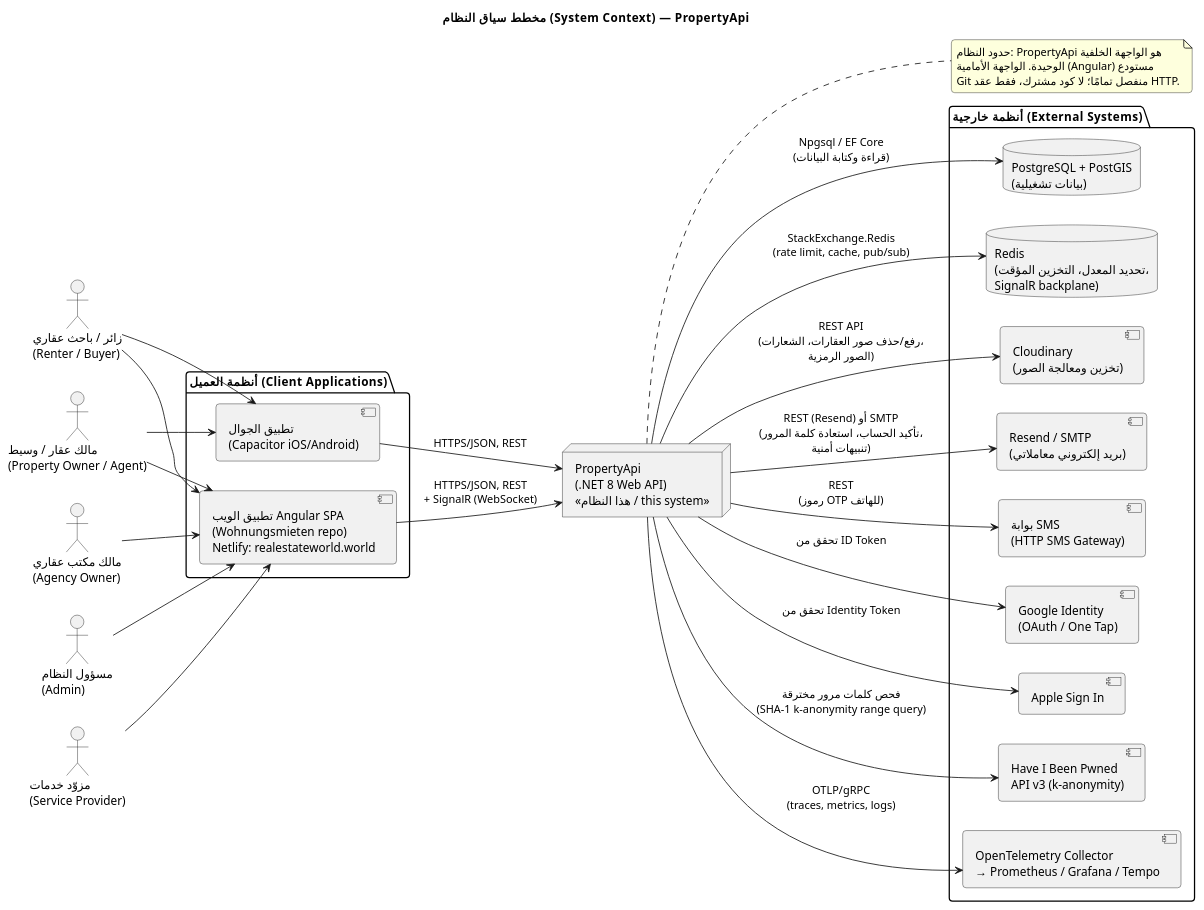
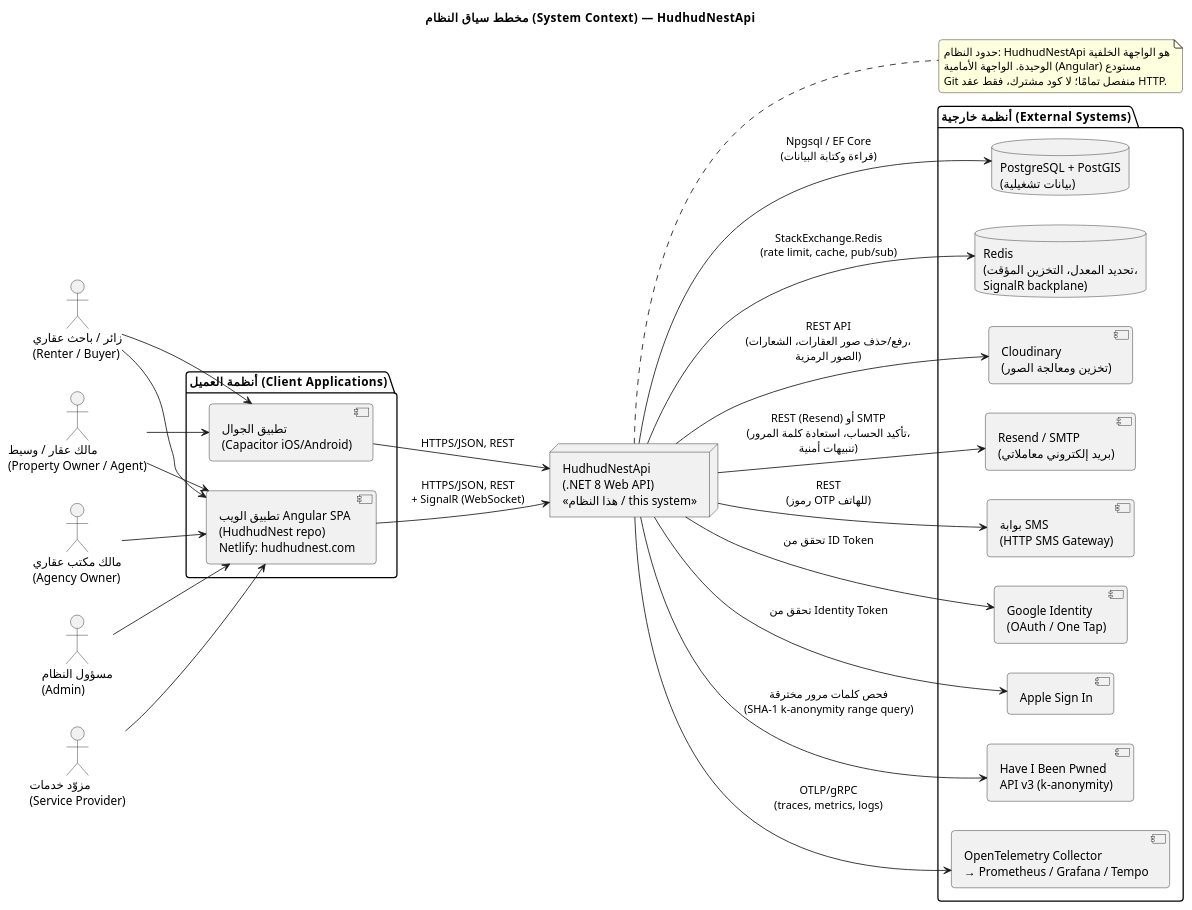
The diagram in docs/architecture/ARD/diagrams/01-system-context.puml (Naeem-Ba/HudhudNestApi), drawn with PlantUML before and after one commit. The commit also changed 138 other files, not shown here.

First line of the commit message:
chore(brand): complete rename to HudhudNest across code, CI, observability and docs

```diff
--- a/docs/architecture/ARD/diagrams/01-system-context.puml
+++ b/docs/architecture/ARD/diagrams/01-system-context.puml
@@ -1,62 +1,62 @@
 @startuml System_Context
 skinparam backgroundColor #FFFFFF
 skinparam shadowing false
 skinparam roundcorner 8
 skinparam defaultFontName "Segoe UI"
-title مخطط سياق النظام (System Context) — PropertyApi
+title مخطط سياق النظام (System Context) — HudhudNestApi
 
 left to right direction
 
 actor "زائر / باحث عقاري\n(Renter / Buyer)" as Visitor
 actor "مالك عقار / وسيط\n(Property Owner / Agent)" as Owner
 actor "مالك مكتب عقاري\n(Agency Owner)" as AgencyOwner
 actor "مسؤول النظام\n(Admin)" as Admin
 actor "مزوّد خدمات\n(Service Provider)" as ServiceProvider
 
 package "أنظمة العميل (Client Applications)" {
-  [تطبيق الويب Angular SPA\n(Wohnungsmieten repo)\nNetlify: realestateworld.world] as WebApp
+  [تطبيق الويب Angular SPA\n(HudhudNest repo)\nNetlify: hudhudnest.com] as WebApp
   [تطبيق الجوال\n(Capacitor iOS/Android)] as MobileApp
 }
 
-node "PropertyApi\n(.NET 8 Web API)\n<<هذا النظام / this system>>" as System
+node "HudhudNestApi\n(.NET 8 Web API)\n<<هذا النظام / this system>>" as System
 
 package "أنظمة خارجية (External Systems)" {
   database "PostgreSQL + PostGIS\n(بيانات تشغيلية)" as Postgres
   database "Redis\n(تحديد المعدل، التخزين المؤقت،\nSignalR backplane)" as Redis
   [Cloudinary\n(تخزين ومعالجة الصور)] as Cloudinary
   [Resend / SMTP\n(بريد إلكتروني معاملاتي)] as Email
   [بوابة SMS\n(HTTP SMS Gateway)] as Sms
   [Google Identity\n(OAuth / One Tap)] as Google
   [Apple Sign In] as Apple
   [Have I Been Pwned\nAPI v3 (k-anonymity)] as HIBP
   [OpenTelemetry Collector\n→ Prometheus / Grafana / Tempo] as Otel
 }
 
 Visitor --> WebApp
 Visitor --> MobileApp
 Owner --> WebApp
 Owner --> MobileApp
 AgencyOwner --> WebApp
 Admin --> WebApp
 ServiceProvider --> WebApp
 
 WebApp --> System : HTTPS/JSON, REST\n+ SignalR (WebSocket)
 MobileApp --> System : HTTPS/JSON, REST
 
 System --> Postgres : Npgsql / EF Core\n(قراءة وكتابة البيانات)
 System --> Redis : StackExchange.Redis\n(rate limit, cache, pub/sub)
 System --> Cloudinary : REST API\n(رفع/حذف صور العقارات، الشعارات،\nالصور الرمزية)
 System --> Email : REST (Resend) أو SMTP\n(تأكيد الحساب، استعادة كلمة المرور،\nتنبيهات أمنية)
 System --> Sms : REST\n(رموز OTP للهاتف)
 System --> Google : تحقق من ID Token
 System --> Apple : تحقق من Identity Token
 System --> HIBP : فحص كلمات مرور مخترقة\n(SHA-1 k-anonymity range query)
 System --> Otel : OTLP/gRPC\n(traces, metrics, logs)
 
 note right of System
-  حدود النظام: PropertyApi هو الواجهة الخلفية
+  حدود النظام: HudhudNestApi هو الواجهة الخلفية
   الوحيدة. الواجهة الأمامية (Angular) مستودع
   Git منفصل تمامًا؛ لا كود مشترك، فقط عقد HTTP.
 end note
 
 @enduml
```
